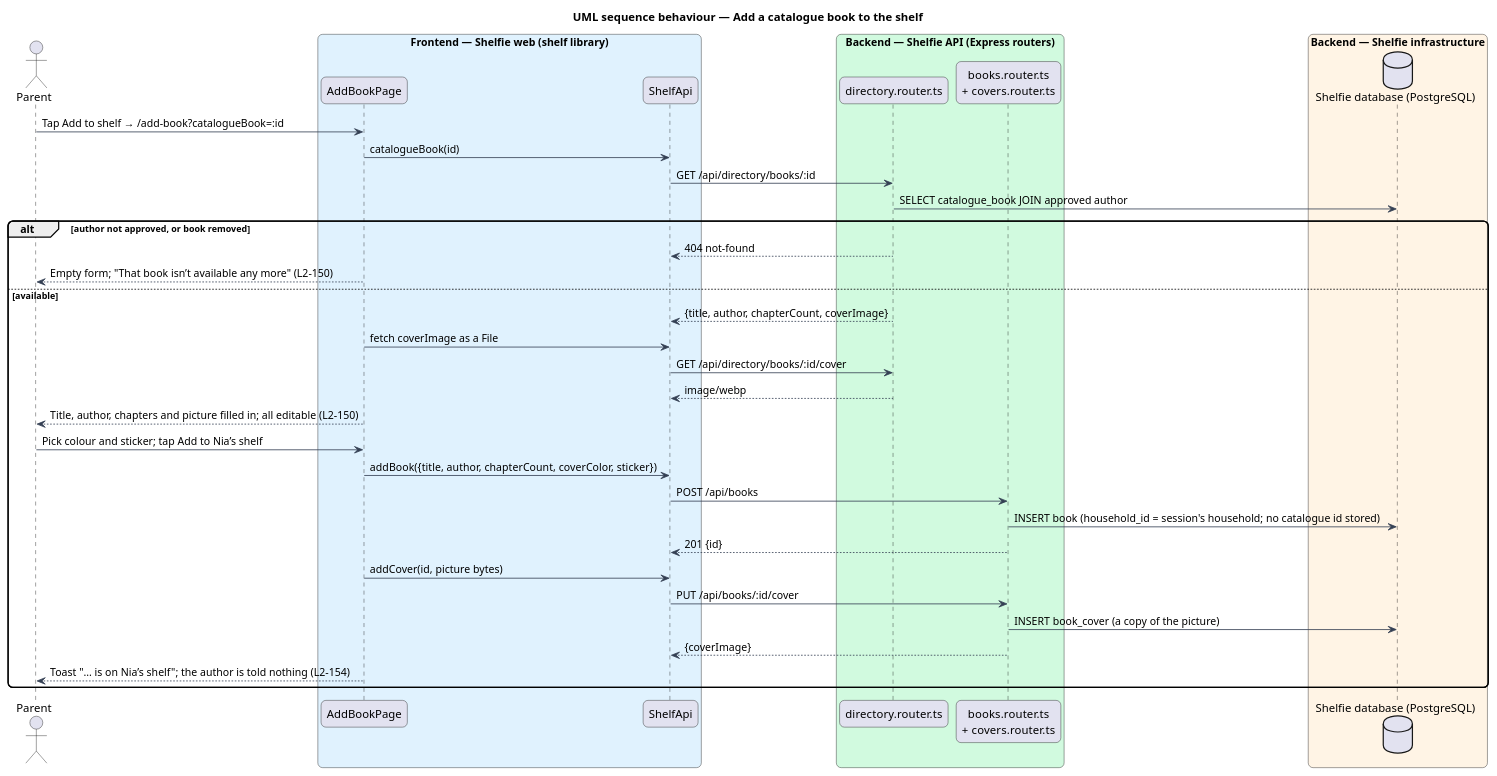
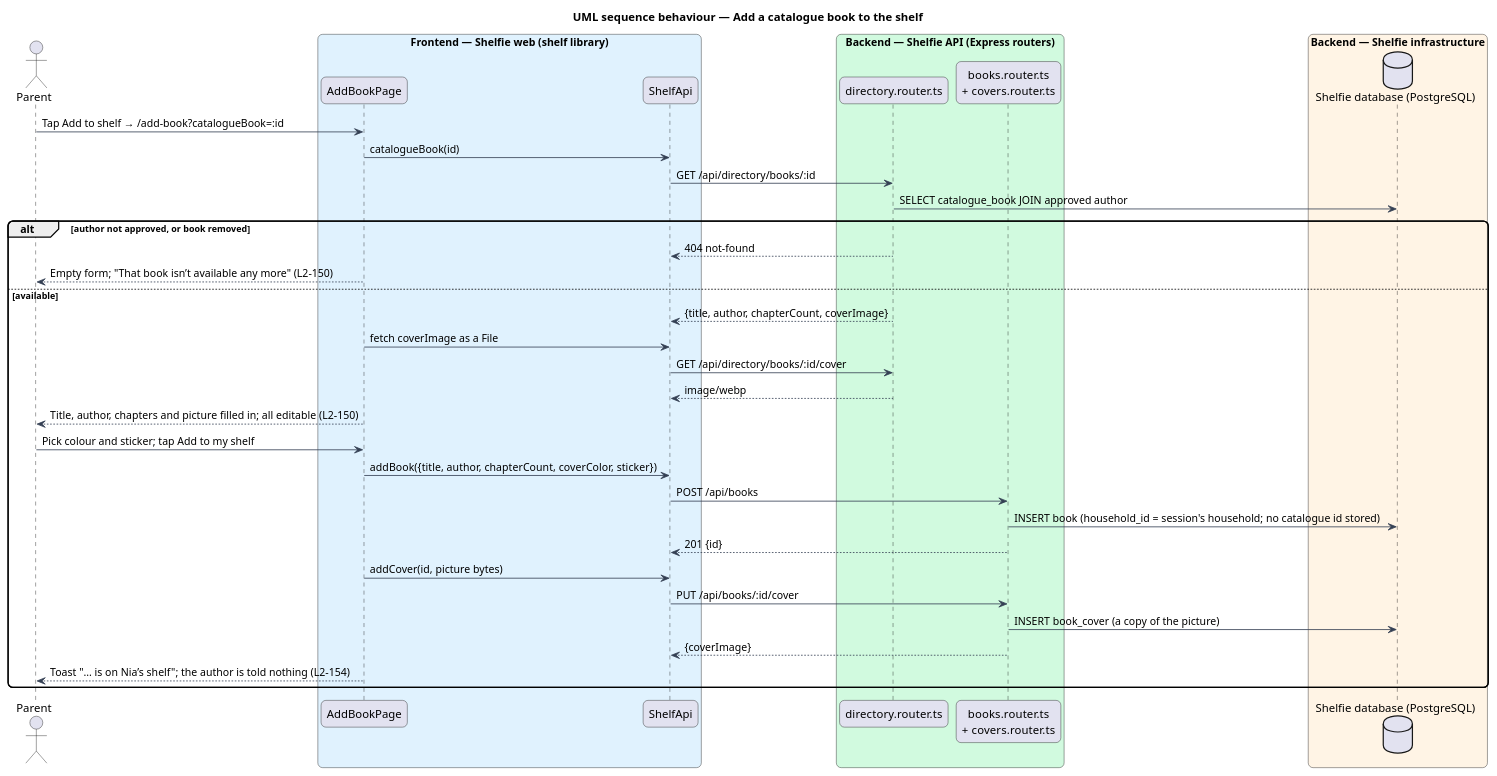
Before and after one commit to QuinntyneBrown/shelfie: the diagram in docs/detailed-designs/directory/browse-directory/diagrams/sequence-add-to-shelf.puml, drawn with PlantUML. The commit also changed 4 other files, not shown here.

```diff
--- a/docs/detailed-designs/directory/browse-directory/diagrams/sequence-add-to-shelf.puml
+++ b/docs/detailed-designs/directory/browse-directory/diagrams/sequence-add-to-shelf.puml
@@ -1,45 +1,45 @@
 @startuml
 title UML sequence behaviour — Add a catalogue book to the shelf
 skinparam backgroundColor #FFFFFF
 skinparam shadowing false
 skinparam roundcorner 12
 skinparam defaultFontName Arial
 skinparam ArrowColor #344054
 actor "Parent" as parent
 box "Frontend — Shelfie web (shelf library)" #E0F2FE
   participant "AddBookPage" as page
   participant "ShelfApi" as client
 end box
 box "Backend — Shelfie API (Express routers)" #D1FADF
   participant "directory.router.ts" as directory
   participant "books.router.ts\n+ covers.router.ts" as books
 end box
 box "Backend — Shelfie infrastructure" #FFF4E5
   database "Shelfie database (PostgreSQL)" as db
 end box
 
 parent -> page : Tap Add to shelf → /add-book?catalogueBook=:id
 page -> client : catalogueBook(id)
 client -> directory : GET /api/directory/books/:id
 directory -> db : SELECT catalogue_book JOIN approved author
 alt author not approved, or book removed
   directory --> client : 404 not-found
   page --> parent : Empty form; "That book isn’t available any more" (L2-150)
 else available
   directory --> client : {title, author, chapterCount, coverImage}
   page -> client : fetch coverImage as a File
   client -> directory : GET /api/directory/books/:id/cover
   directory --> client : image/webp
   page --> parent : Title, author, chapters and picture filled in; all editable (L2-150)
-  parent -> page : Pick colour and sticker; tap Add to Nia’s shelf
+  parent -> page : Pick colour and sticker; tap Add to my shelf
   page -> client : addBook({title, author, chapterCount, coverColor, sticker})
   client -> books : POST /api/books
   books -> db : INSERT book (household_id = session's household; no catalogue id stored)
   books --> client : 201 {id}
   page -> client : addCover(id, picture bytes)
   client -> books : PUT /api/books/:id/cover
   books -> db : INSERT book_cover (a copy of the picture)
   books --> client : {coverImage}
   page --> parent : Toast "… is on Nia’s shelf"; the author is told nothing (L2-154)
 end
 @enduml
```
